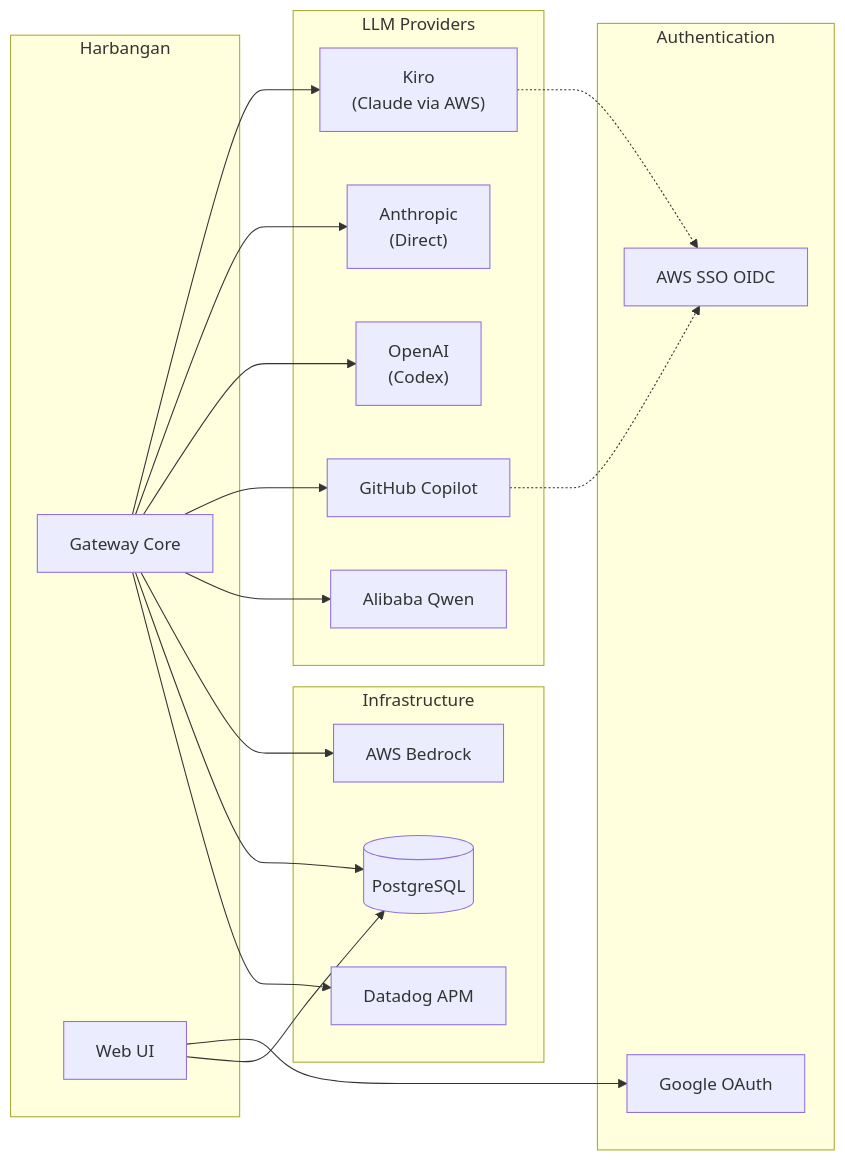
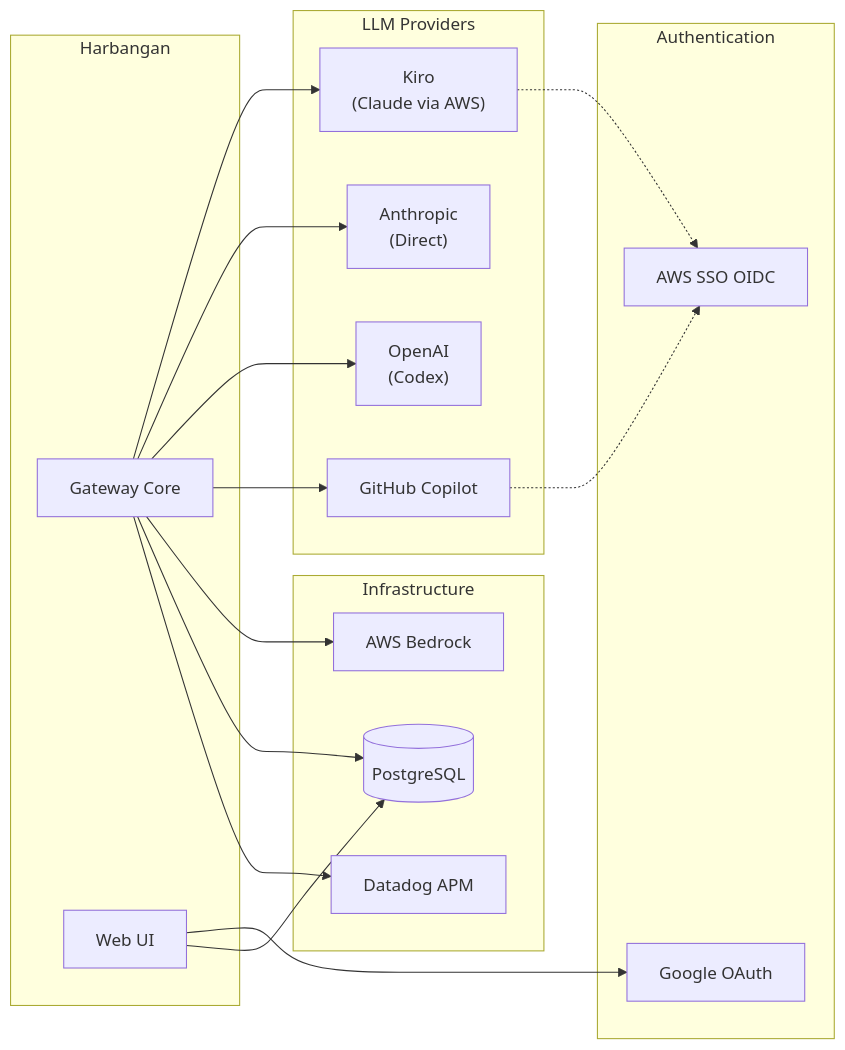
One commit to if414013/harbangan changed diagram 11 of 11 in ARCHITECTURE.md. Above: the diagram before and after it, drawn with Mermaid. The commit also changed other lines of this file and 56 other files, not shown here.

````diff
--- a/ARCHITECTURE.md
+++ b/ARCHITECTURE.md
@@ -595,41 +593,39 @@
 ```mermaid
 graph LR
     subgraph "Harbangan"
         GATEWAY["Gateway Core"]
         WEBUI["Web UI"]
     end
 
     subgraph "Authentication"
         GOOGLE["Google OAuth"]
         AWS_SSO["AWS SSO OIDC"]
     end
 
     subgraph "LLM Providers"
         KIRO["Kiro<br/>(Claude via AWS)"]
         ANTHRO["Anthropic<br/>(Direct)"]
         OPENAI["OpenAI<br/>(Codex)"]
         COPILOT["GitHub Copilot"]
-        QWEN["Alibaba Qwen"]
     end
 
     subgraph "Infrastructure"
         BEDROCK["AWS Bedrock"]
         POSTGRES[("PostgreSQL")]
         DATADOG["Datadog APM"]
     end
 
     GATEWAY --> KIRO
     GATEWAY --> ANTHRO
     GATEWAY --> OPENAI
     GATEWAY --> COPILOT
-    GATEWAY --> QWEN
     GATEWAY --> BEDROCK
     GATEWAY --> POSTGRES
     GATEWAY --> DATADOG
 
     WEBUI --> GOOGLE
     WEBUI --> POSTGRES
 
     KIRO -.-> AWS_SSO
     COPILOT -.-> AWS_SSO
 ```
````
